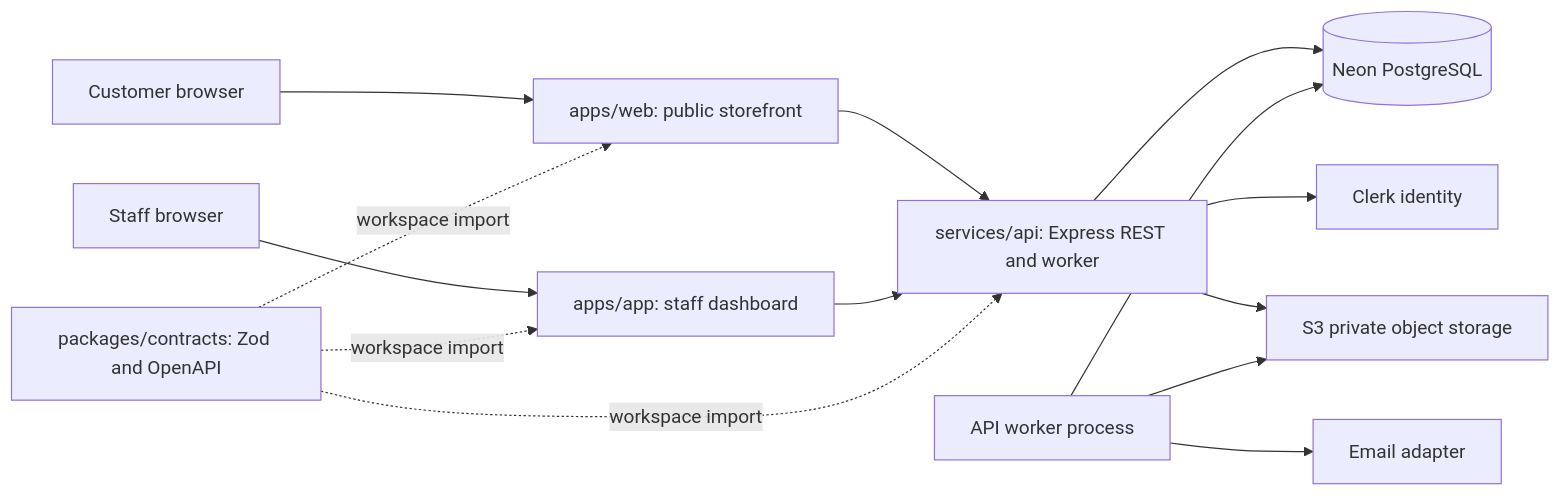
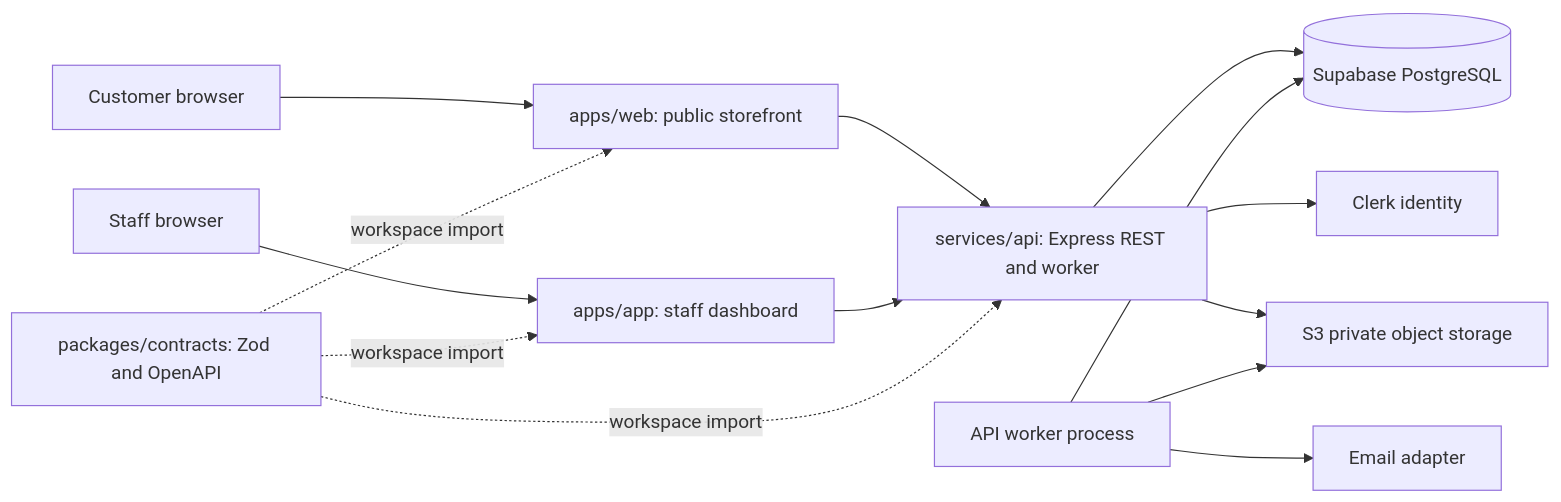
Before and after one commit to Drezivo/drezivo: the first of 2 diagrams in ROOT-REPOSITORY-ARCHITECTURE.md, drawn with Mermaid. The commit also changed other lines of this file and 33 other files, not shown here.

First line of the commit message:
docs(db): replace Neon guidance with Supabase

````diff
--- a/ROOT-REPOSITORY-ARCHITECTURE.md
+++ b/ROOT-REPOSITORY-ARCHITECTURE.md
@@ -26,16 +26,16 @@
 ```mermaid
 flowchart LR
   CUSTOMER[Customer browser] --> WEB[apps/web: public storefront]
   STAFF[Staff browser] --> APP[apps/app: staff dashboard]
   WEB --> API[services/api: Express REST and worker]
   APP --> API
-  API --> DB[(Neon PostgreSQL)]
+  API --> DB[(Supabase PostgreSQL)]
   API --> CLERK[Clerk identity]
   API --> S3[S3 private object storage]
   WORKER[API worker process] --> DB
   WORKER --> S3
   WORKER --> MAIL[Email adapter]
   CONTRACTS[packages/contracts: Zod and OpenAPI] -. workspace import .-> API
   CONTRACTS -. workspace import .-> APP
   CONTRACTS -. workspace import .-> WEB
 ```
````
